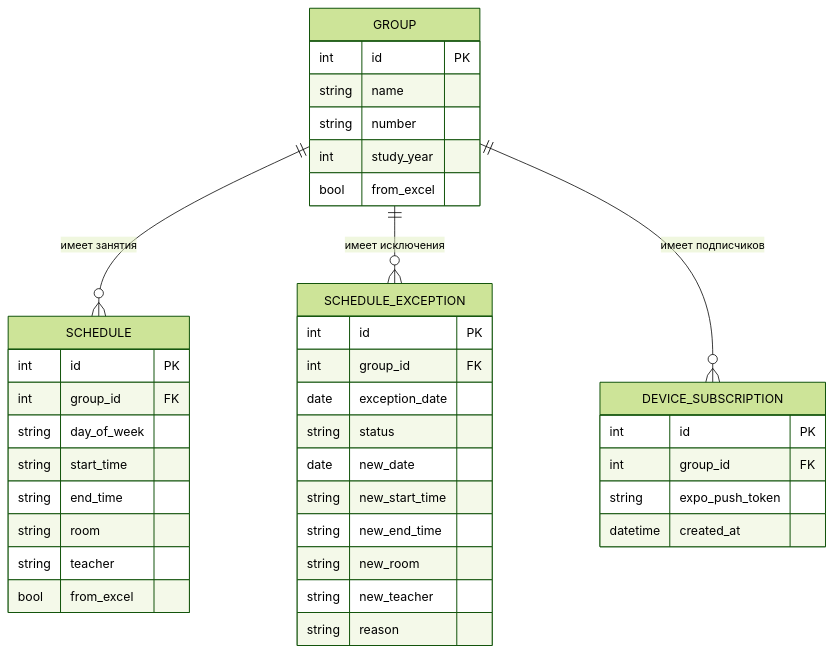
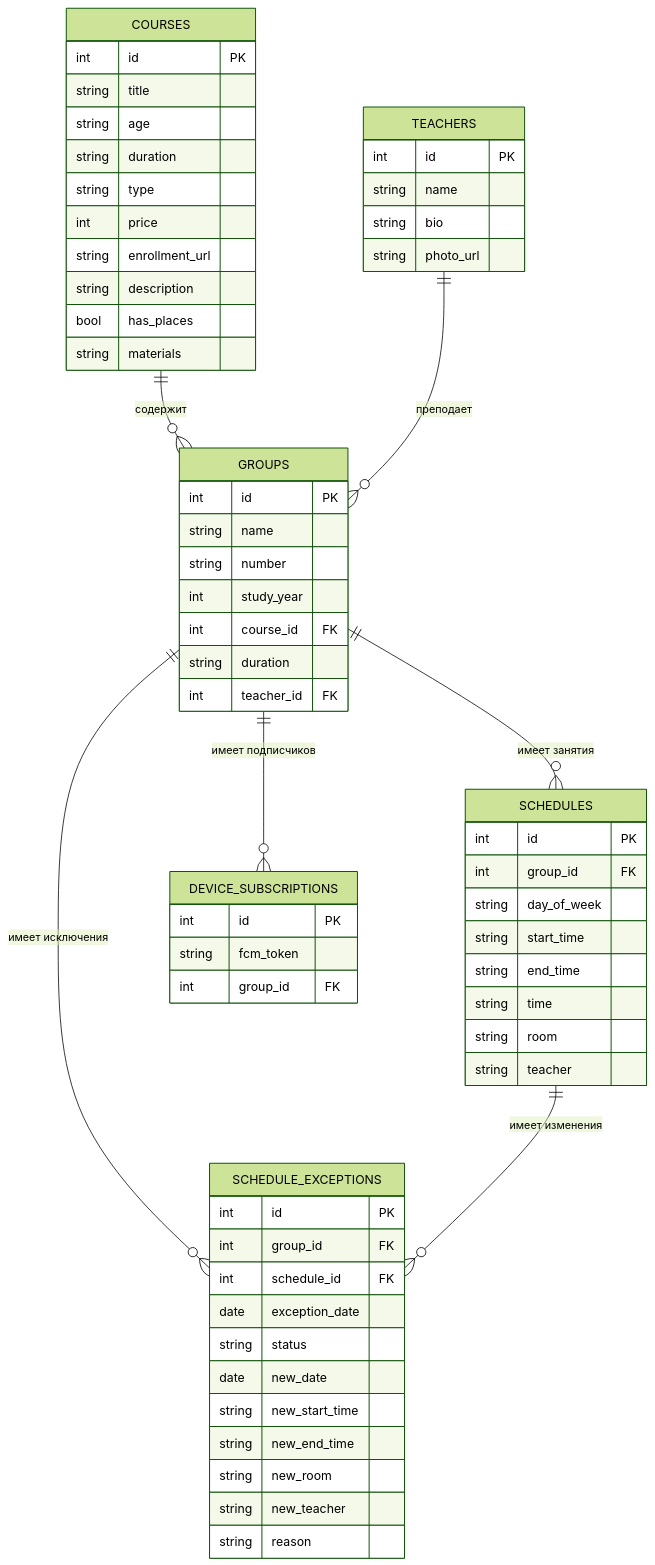
Before and after one commit to Savishna1/schedule-app-spbpu: the diagram in README.md, drawn with Mermaid (forest theme).

````diff
--- a/README.md
+++ b/README.md
@@ -14,45 +14,70 @@
 ```mermaid
 erDiagram
-    GROUP ||--o{ SCHEDULE : "имеет занятия"
-    GROUP ||--o{ SCHEDULE_EXCEPTION : "имеет исключения"
-    GROUP ||--o{ DEVICE_SUBSCRIPTION : "имеет подписчиков"
+    COURSES ||--o{ GROUPS : "содержит"
+    TEACHERS ||--o{ GROUPS : "преподает"
+    GROUPS ||--o{ SCHEDULES : "имеет занятия"
+    GROUPS ||--o{ DEVICE_SUBSCRIPTIONS : "имеет подписчиков"
+    GROUPS ||--o{ SCHEDULE_EXCEPTIONS : "имеет исключения"
+    SCHEDULES ||--o{ SCHEDULE_EXCEPTIONS : "имеет изменения"
 
-    GROUP {
+    COURSES {
+        int id PK
+        string title
+        string age
+        string duration
+        string type
+        int price
+        string enrollment_url
+        string description
+        bool has_places
+        string materials
+    }
+
+    TEACHERS {
+        int id PK
+        string name
+        string bio
+        string photo_url
+    }
+
+    GROUPS {
         int id PK
         string name
         string number
         int study_year
-        bool from_excel
+        int course_id FK
+        string duration
+        int teacher_id FK
     }
 
-    SCHEDULE {
+    SCHEDULES {
         int id PK
         int group_id FK
         string day_of_week
         string start_time
         string end_time
+        string time
         string room
         string teacher
-        bool from_excel
     }
 
-    SCHEDULE_EXCEPTION {
+    SCHEDULE_EXCEPTIONS {
         int id PK
         int group_id FK
+        int schedule_id FK
         date exception_date
         string status
         date new_date
         string new_start_time
         string new_end_time
         string new_room
         string new_teacher
         string reason
     }
 
-    DEVICE_SUBSCRIPTION {
+    DEVICE_SUBSCRIPTIONS {
         int id PK
+        string fcm_token
         int group_id FK
-        string expo_push_token
-        datetime created_at
     }
 ```
````
